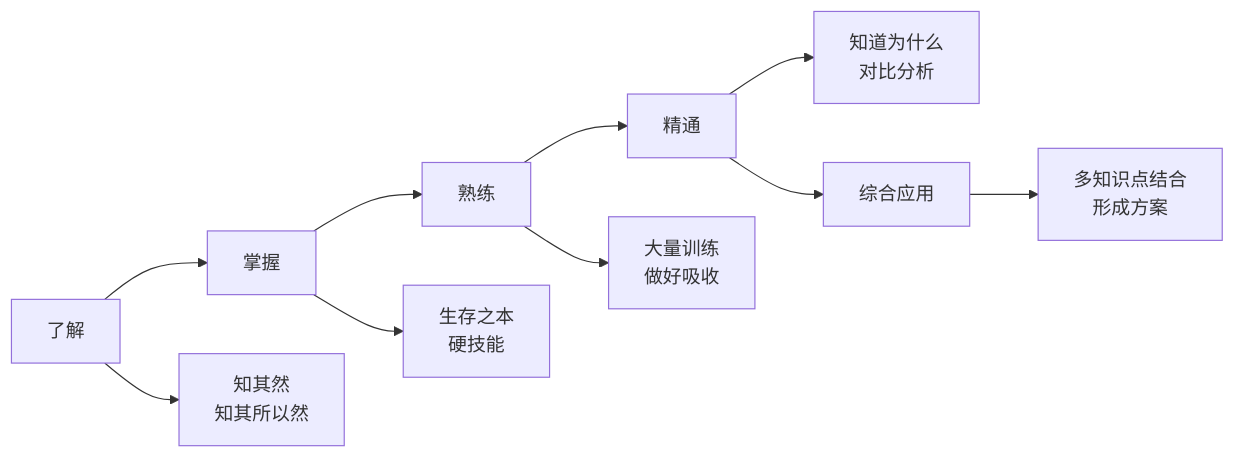
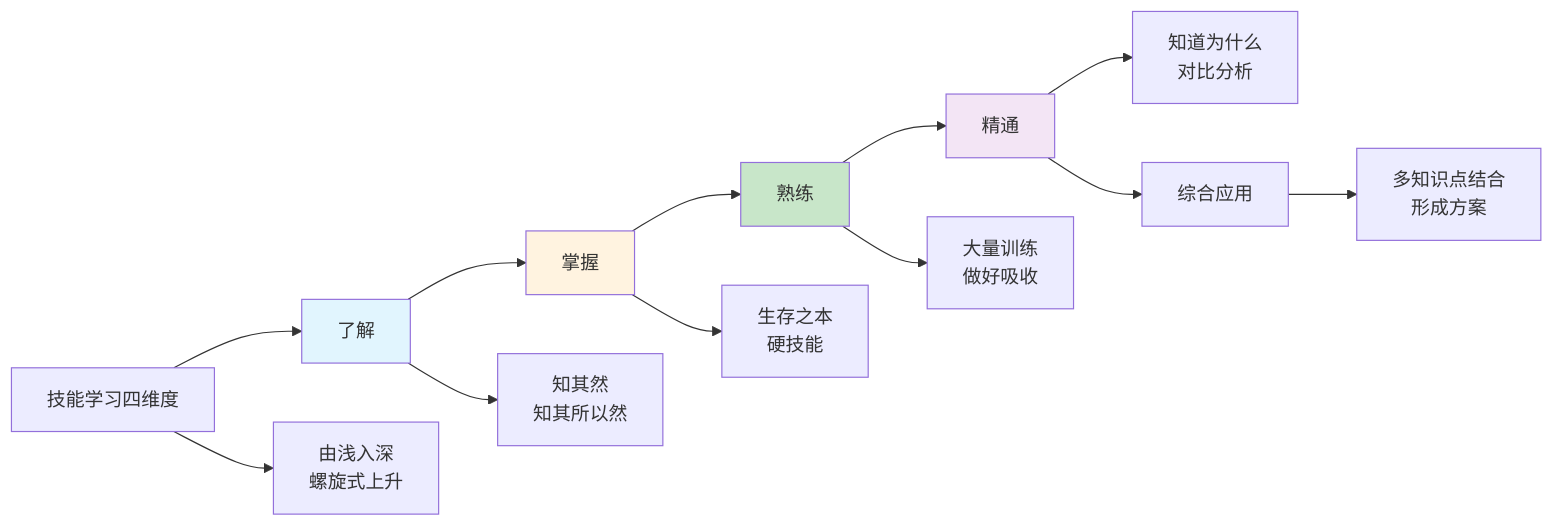
Before and after one commit to chongyang211/YCBookBlog: the first of 8 diagrams in 10.自我进阶提升书/01.自我思考和挑战/1.4要带上技能地图.md, drawn with Mermaid. The commit also changed other lines of this file and 13 other files, not shown here.

````diff
--- a/10.自我进阶提升书/01.自我思考和挑战/1.4要带上技能地图.md
+++ b/10.自我进阶提升书/01.自我思考和挑战/1.4要带上技能地图.md
@@ -41,14 +34,22 @@
 ```mermaid
 graph LR
-    A[了解] --> B[掌握]
-    B --> C[熟练]
-    C --> D[精通]
+    A[技能学习四维度] --> B[了解]
+    B --> C[掌握]
+    C --> D[熟练]
+    D --> E[精通]
     
-    A --> A1[知其然<br/>知其所以然]
-    B --> B1[生存之本<br/>硬技能]
-    C --> C1[大量训练<br/>做好吸收]
-    D --> D1[知道为什么<br/>对比分析]
+    A --> A0[由浅入深<br/>螺旋式上升]
     
-    D --> E[综合应用]
-    E --> E1[多知识点结合<br/>形成方案]
+    B --> B1[知其然<br/>知其所以然]
+    C --> C1[生存之本<br/>硬技能]
+    D --> D1[大量训练<br/>做好吸收]
+    E --> E1[知道为什么<br/>对比分析]
+    
+    E --> F[综合应用]
+    F --> F1[多知识点结合<br/>形成方案]
+    
+    style B fill:#e1f5fe
+    style C fill:#fff3e0
+    style D fill:#c8e6c9
+    style E fill:#f3e5f5
 ```
````
